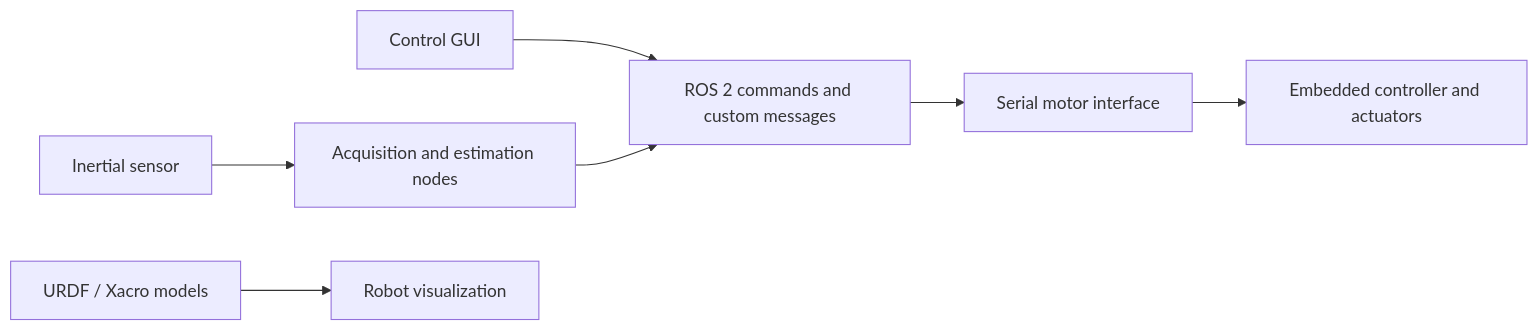
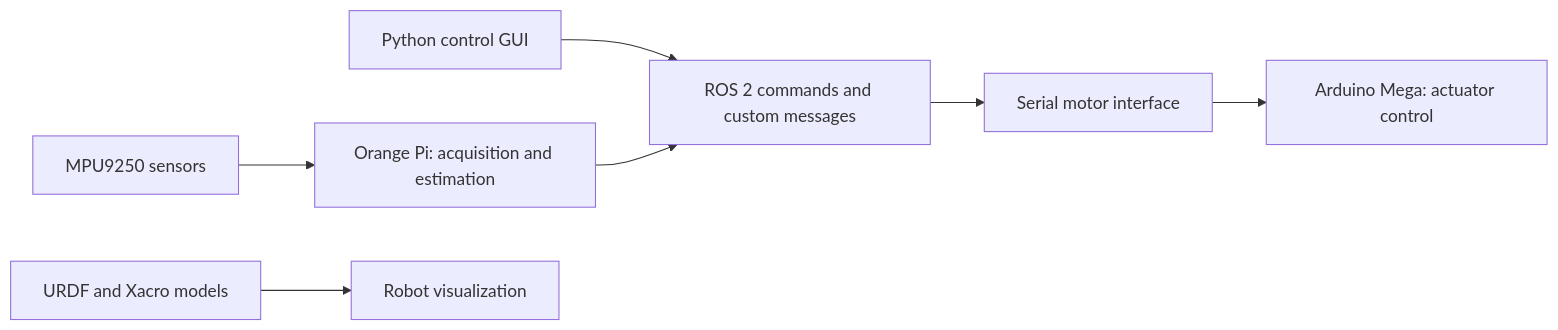
The diagram in README.md (Edipo3098/ros2_orange), drawn with Mermaid before and after one commit. The commit also changed other lines of this file and 6 other files, not shown here.

````diff
--- a/README.md
+++ b/README.md
@@ -20,9 +65,9 @@
 ```mermaid
 flowchart LR
-    GUI[Control GUI] --> ROS[ROS 2 commands and custom messages]
+    GUI[Python control GUI] --> ROS[ROS 2 commands and custom messages]
     ROS --> SERIAL[Serial motor interface]
-    SERIAL --> HW[Embedded controller and actuators]
-    IMU[Inertial sensor] --> EST[Acquisition and estimation nodes]
-    EST --> ROS
-    MODEL[URDF / Xacro models] --> VIEW[Robot visualization]
+    SERIAL --> MCU[Arduino Mega: actuator control]
+    IMU[MPU9250 sensors] --> SBC[Orange Pi: acquisition and estimation]
+    SBC --> ROS
+    MODEL[URDF and Xacro models] --> VIEW[Robot visualization]
 ```
````
